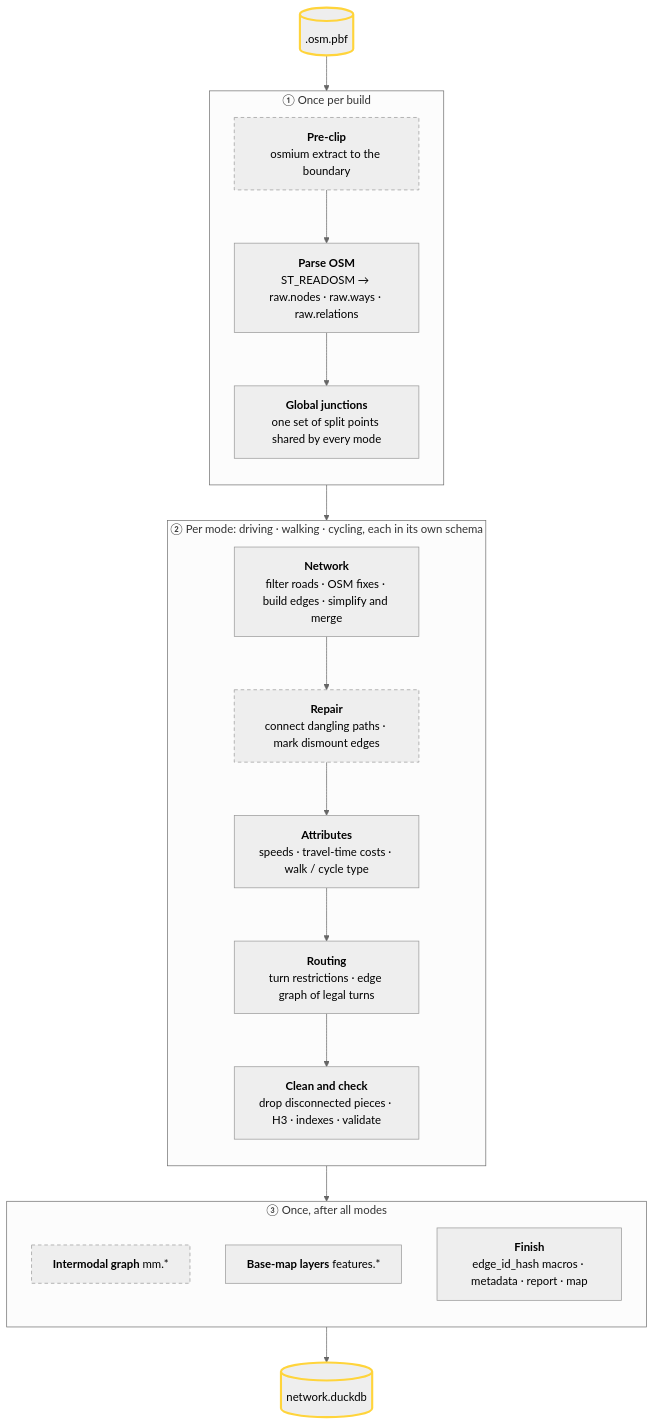
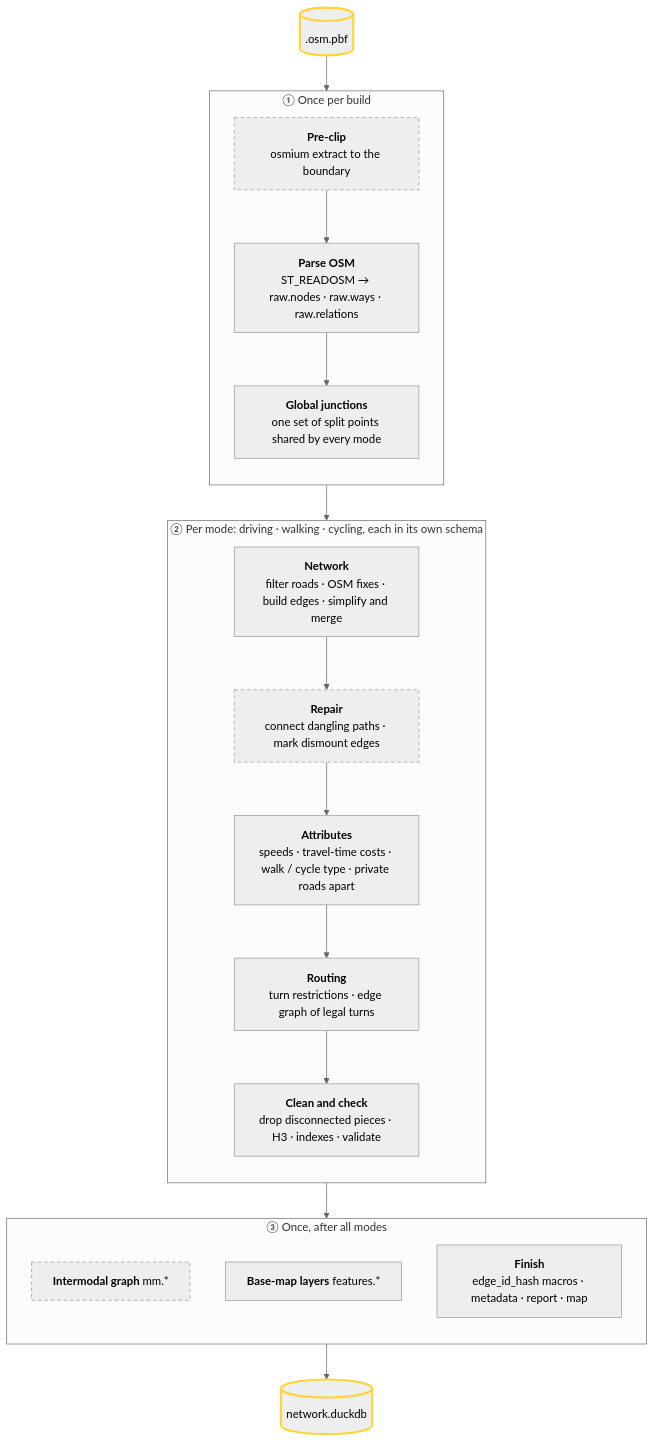
Before and after one commit to Khoshkhah/duckOSM: the first of 2 diagrams in docs/concepts/build.md, drawn with Mermaid (neutral theme). The commit also changed other lines of this file and 11 other files, not shown here.

````diff
--- a/docs/concepts/build.md
+++ b/docs/concepts/build.md
@@ -11,41 +11,41 @@
 ```mermaid
 flowchart TB
     PBF[(".osm.pbf")]
 
     subgraph ONCE["① Once per build"]
         direction TB
         PRE["<b>Pre-clip</b><br/>osmium extract to the boundary"]
         LOAD["<b>Parse OSM</b><br/>ST_READOSM → raw.nodes · raw.ways · raw.relations"]
         GJ["<b>Global junctions</b><br/>one set of split points shared by every mode"]
         PRE --> LOAD --> GJ
     end
 
     subgraph MODE["② Per mode: driving · walking · cycling, each in its own schema"]
         direction TB
         NET["<b>Network</b><br/>filter roads · OSM fixes · build edges · simplify and merge"]
         FIX["<b>Repair</b><br/>connect dangling paths · mark dismount edges"]
-        ATTR["<b>Attributes</b><br/>speeds · travel-time costs · walk / cycle type"]
+        ATTR["<b>Attributes</b><br/>speeds · travel-time costs · walk / cycle type · private roads apart"]
         ROUTE["<b>Routing</b><br/>turn restrictions · edge graph of legal turns"]
         CHECK["<b>Clean and check</b><br/>drop disconnected pieces · H3 · indexes · validate"]
         NET --> FIX --> ATTR --> ROUTE --> CHECK
     end
 
     subgraph AFTER["③ Once, after all modes"]
         direction TB
         MM["<b>Intermodal graph</b> mm.*"]
         FEAT["<b>Base-map layers</b> features.*"]
         FIN["<b>Finish</b><br/>edge_id_hash macros · metadata · report · map"]
     end
 
     DB[("network.duckdb")]
 
     PBF --> ONCE
     ONCE --> MODE
     MODE --> AFTER
     AFTER --> DB
 
     classDef optional stroke-dasharray: 5 4
     classDef file stroke:#ffd43b,stroke-width:3px
     class PRE,FIX,MM optional
     class PBF,DB file
 ```
````
